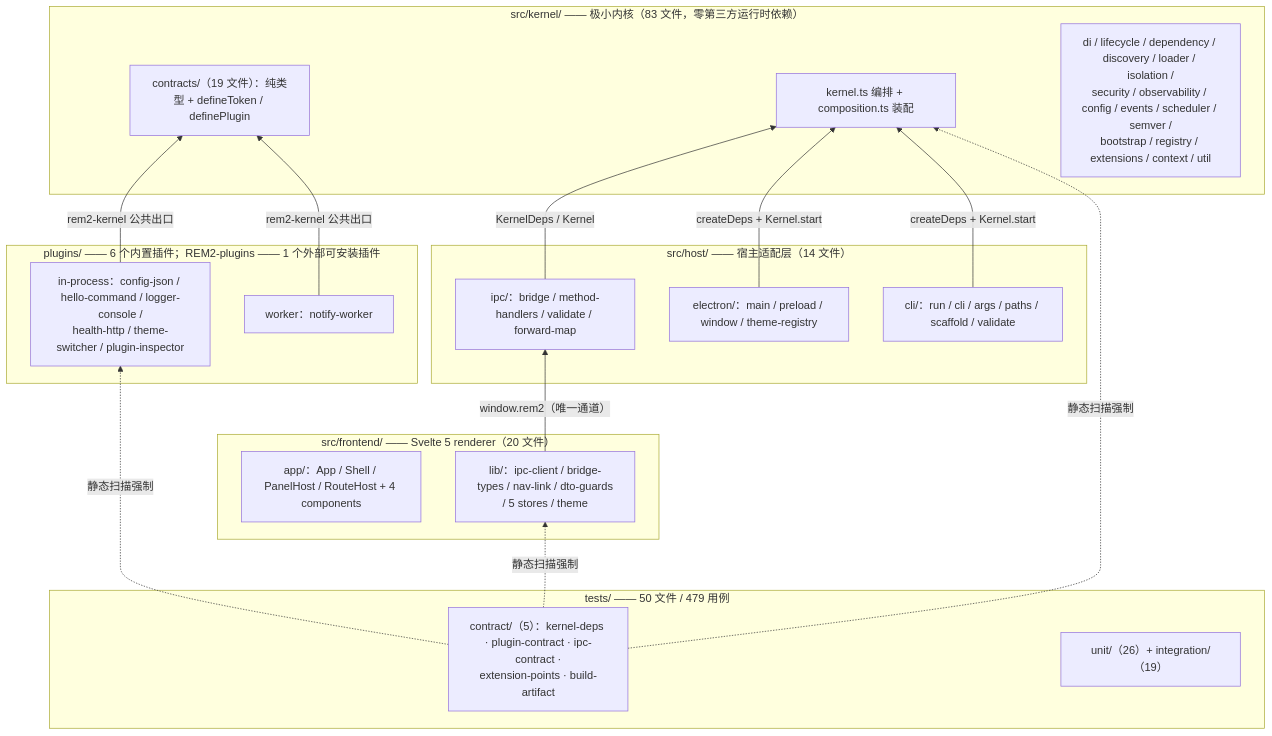
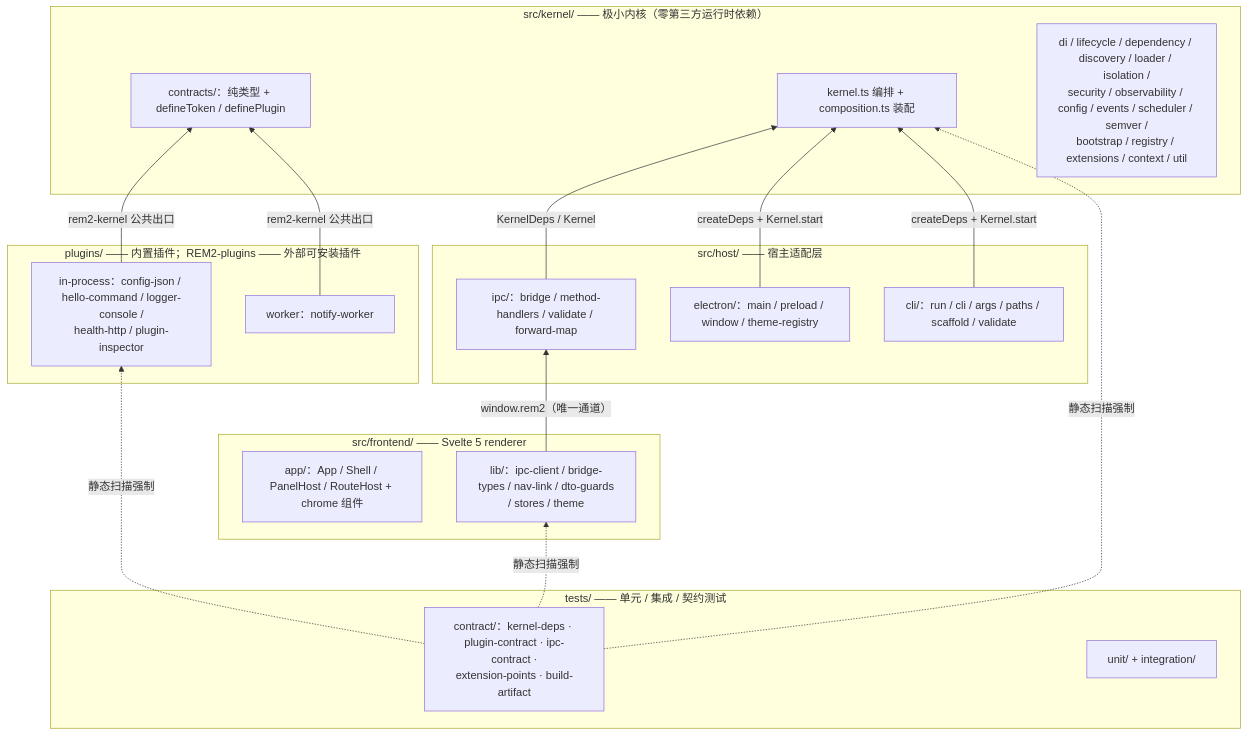
One commit to kino14910/REM2 changed the first of 5 diagrams in docs/01-architecture-overview.md. Above: the diagram before and after it, drawn with Mermaid. The commit also changed other lines of this file and 13 other files, not shown here.

````diff
--- a/docs/01-architecture-overview.md
+++ b/docs/01-architecture-overview.md
@@ -19,39 +19,39 @@
 ```mermaid
 graph BT
-    subgraph L1["plugins/ —— 6 个内置插件；REM2-plugins —— 1 个外部可安装插件"]
-        PA["in-process：config-json / hello-command / logger-console /<br/>health-http / theme-switcher / plugin-inspector"]
+    subgraph L1["plugins/ —— 内置插件；REM2-plugins —— 外部可安装插件"]
+        PA["in-process：config-json / hello-command / logger-console /<br/>health-http / plugin-inspector"]
         PB["worker：notify-worker"]
     end
 
-    subgraph L2["src/frontend/ —— Svelte 5 renderer（20 文件）"]
-        FA["app/：App / Shell / PanelHost / RouteHost + 4 components"]
-        FB["lib/：ipc-client / bridge-types / nav-link / dto-guards<br/>/ 5 stores / theme"]
+    subgraph L2["src/frontend/ —— Svelte 5 renderer"]
+        FA["app/：App / Shell / PanelHost / RouteHost + chrome 组件"]
+        FB["lib/：ipc-client / bridge-types / nav-link / dto-guards<br/>/ stores / theme"]
     end
 
-    subgraph L3["src/host/ —— 宿主适配层（14 文件）"]
+    subgraph L3["src/host/ —— 宿主适配层"]
         HA["electron/：main / preload / window / theme-registry"]
         HB["ipc/：bridge / method-handlers / validate / forward-map"]
         HC["cli/：run / cli / args / paths / scaffold / validate"]
     end
 
-    subgraph L4["src/kernel/ —— 极小内核（83 文件，零第三方运行时依赖）"]
-        KA["contracts/（19 文件）：纯类型 + defineToken / definePlugin"]
+    subgraph L4["src/kernel/ —— 极小内核（零第三方运行时依赖）"]
+        KA["contracts/：纯类型 + defineToken / definePlugin"]
         KB["kernel.ts 编排 + composition.ts 装配"]
         KC["di / lifecycle / dependency / discovery / loader / isolation /<br/>security / observability / config / events / scheduler / semver /<br/>bootstrap / registry / extensions / context / util"]
     end
 
-    subgraph L5["tests/ —— 50 文件 / 479 用例"]
-        TA["contract/（5）：kernel-deps · plugin-contract · ipc-contract ·<br/>extension-points · build-artifact"]
-        TB["unit/（26）+ integration/（19）"]
+    subgraph L5["tests/ —— 单元 / 集成 / 契约测试"]
+        TA["contract/：kernel-deps · plugin-contract · ipc-contract ·<br/>extension-points · build-artifact"]
+        TB["unit/ + integration/"]
     end
 
     FB -->|"window.rem2（唯一通道）"| HB
     HB -->|"KernelDeps / Kernel"| KB
     HA -->|"createDeps + Kernel.start"| KB
     HC -->|"createDeps + Kernel.start"| KB
     PA -->|"rem2-kernel 公共出口"| KA
     PB -->|"rem2-kernel 公共出口"| KA
     TA -.->|"静态扫描强制"| KB
     TA -.->|"静态扫描强制"| FB
     TA -.->|"静态扫描强制"| PA
 ```
````
